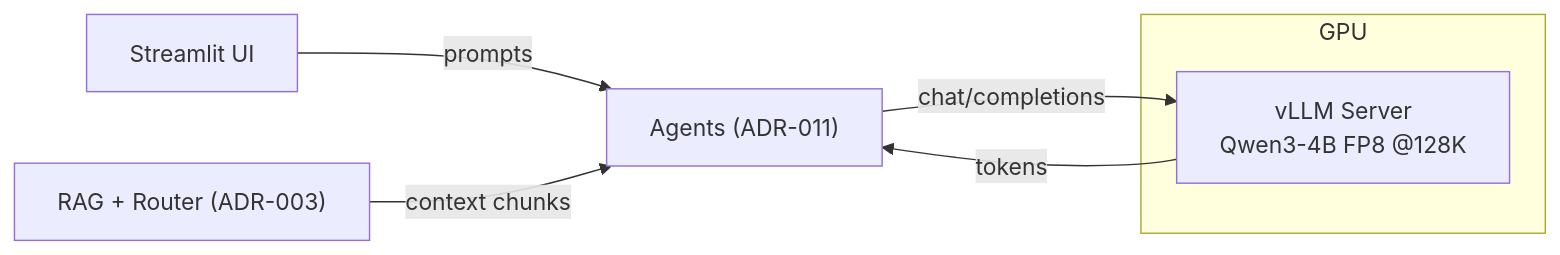
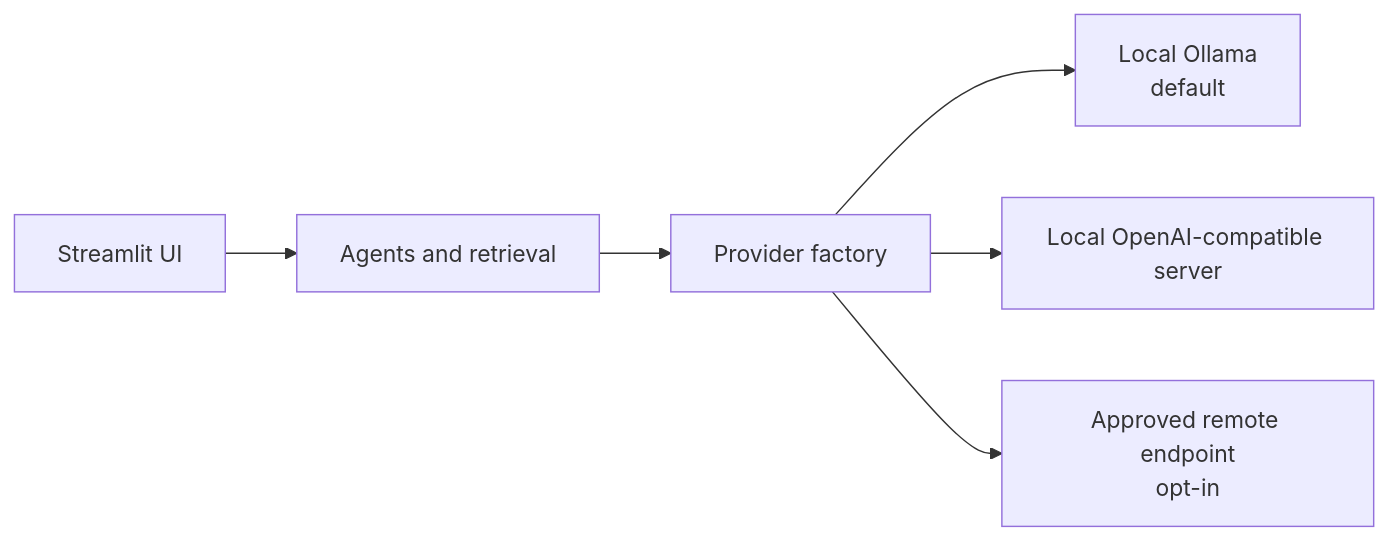
One commit to BjornMelin/docmind-ai-llm changed the diagram in docs/developers/adrs/ADR-004-local-first-llm-strategy.md. Above: the diagram before and after it, drawn with Mermaid. The commit also changed other lines of this file and 284 other files, not shown here.

````diff
--- a/docs/developers/adrs/ADR-004-local-first-llm-strategy.md
+++ b/docs/developers/adrs/ADR-004-local-first-llm-strategy.md
@@ -61,10 +67,8 @@
 ```mermaid
 flowchart LR
-  UI["Streamlit UI"] -->|prompts| AG["Agents (ADR-011)"]
-  RAG["RAG + Router (ADR-003)"] -->|context chunks| AG
-  AG -->|chat/completions| VLLM["vLLM Server<br/>Qwen3-4B FP8 @128K"]
-  VLLM -->|tokens| AG
-  subgraph GPU
-    VLLM
-  end
+  UI["Streamlit UI"] --> AG["Agents and retrieval"]
+  AG --> FACTORY["Provider factory"]
+  FACTORY --> OLLAMA["Local Ollama<br/>default"]
+  FACTORY --> LOCAL["Local OpenAI-compatible server"]
+  FACTORY --> REMOTE["Approved remote endpoint<br/>opt-in"]
 ```
````
